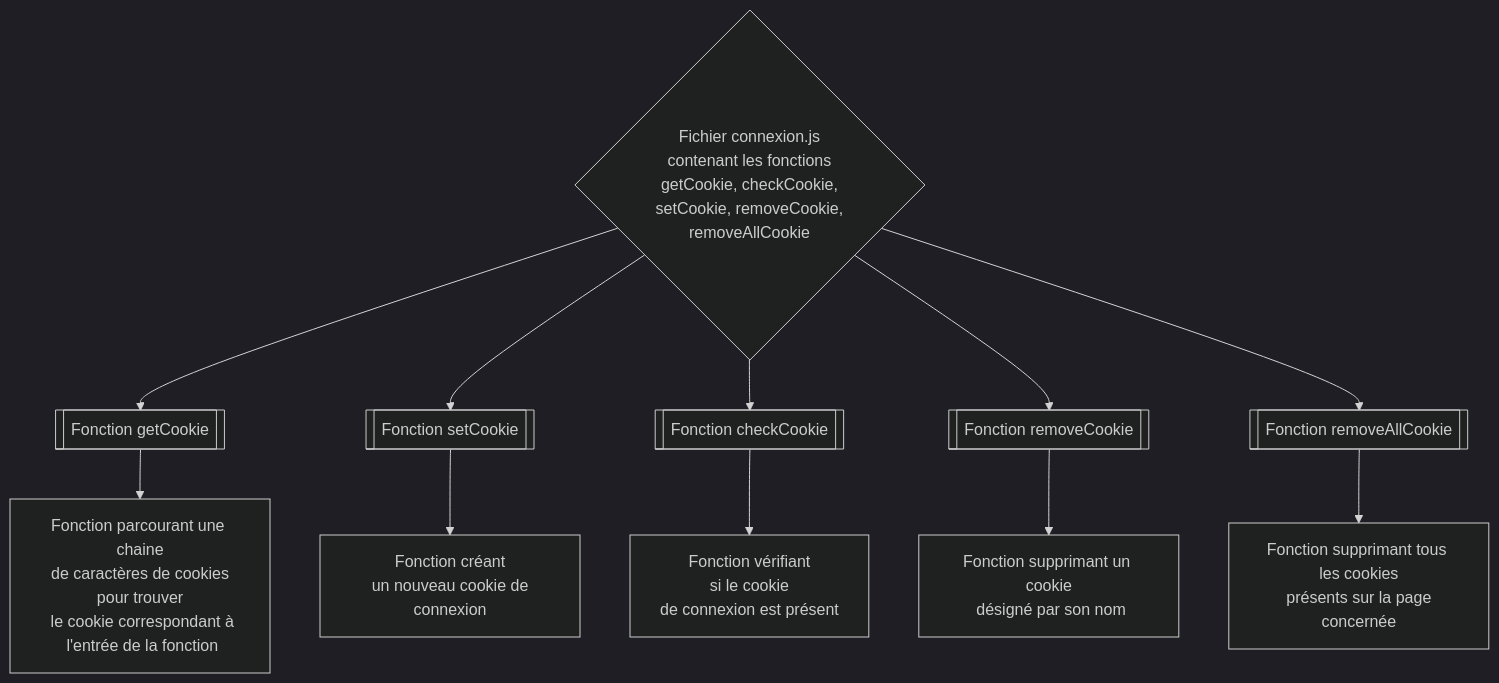
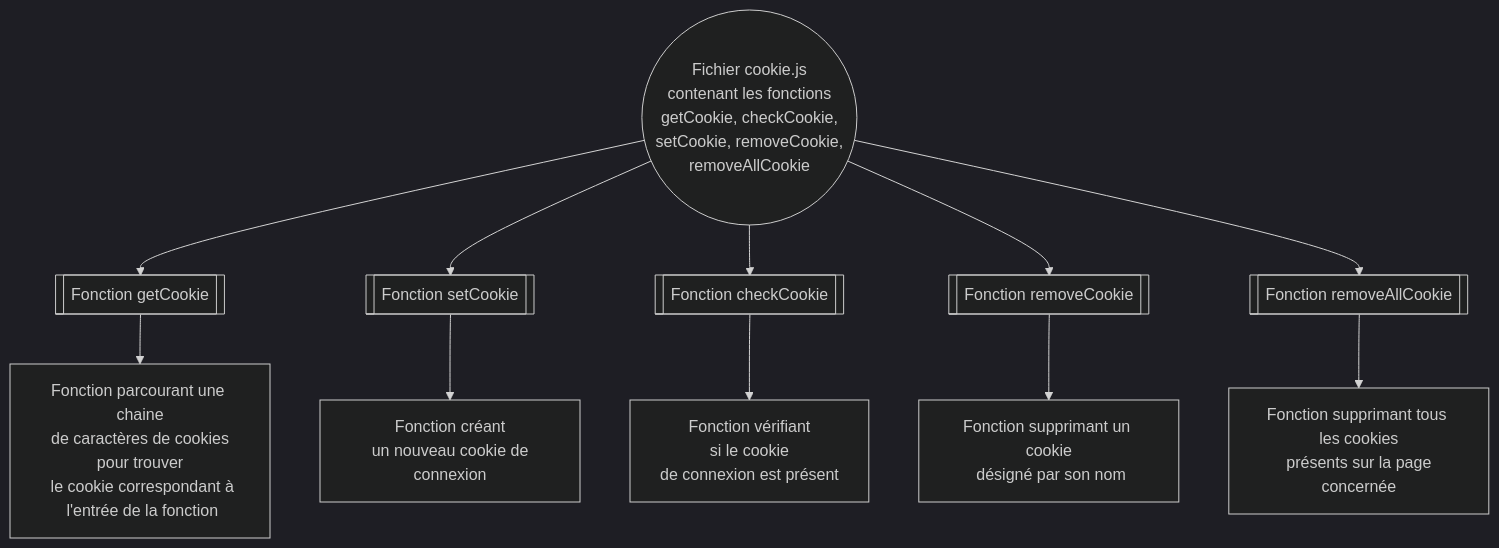
Before and after one commit to Alexis-LF/projet-site-securise: the fifth of 10 diagrams in FRONT_END/README.md, drawn with Mermaid (dark theme). The commit also changed other lines of this file, not shown here.

````diff
--- a/FRONT_END/README.md
+++ b/FRONT_END/README.md
@@ -174,28 +179,28 @@
 ```mermaid
 
 flowchart TD;
 
     %% racine
 
-    idajax{Fichier connexion.js\n contenant les fonctions getCookie, checkCookie,\n setCookie, removeCookie, removeAllCookie}
+    idajax((Fichier cookie.js\n contenant les fonctions getCookie, checkCookie,\n setCookie, removeCookie, removeAllCookie))
 
     idajax-->idget[[Fonction getCookie]]
     idajax-->idset[[Fonction setCookie]]
     idajax-->idcheck[[Fonction checkCookie]]
     idajax-->idrm[[Fonction removeCookie]]
     idajax-->idrmall[[Fonction removeAllCookie]]
 
     idget-->idget2[Fonction parcourant une chaine\n de caractères de cookies pour trouver\n le cookie correspondant à\n l'entrée de la fonction ]
 
     idset-->idset2[Fonction créant\n un nouveau cookie de connexion]
 
     idcheck-->idcheck2[Fonction vérifiant\n si le cookie\n de connexion est présent]
 
     idrm-->idrm2[Fonction supprimant un cookie\n désigné par son nom]
 
     idrmall-->idrmall2[Fonction supprimant tous les cookies\n présents sur la page concernée]
 
     
 
    
 ```
````
